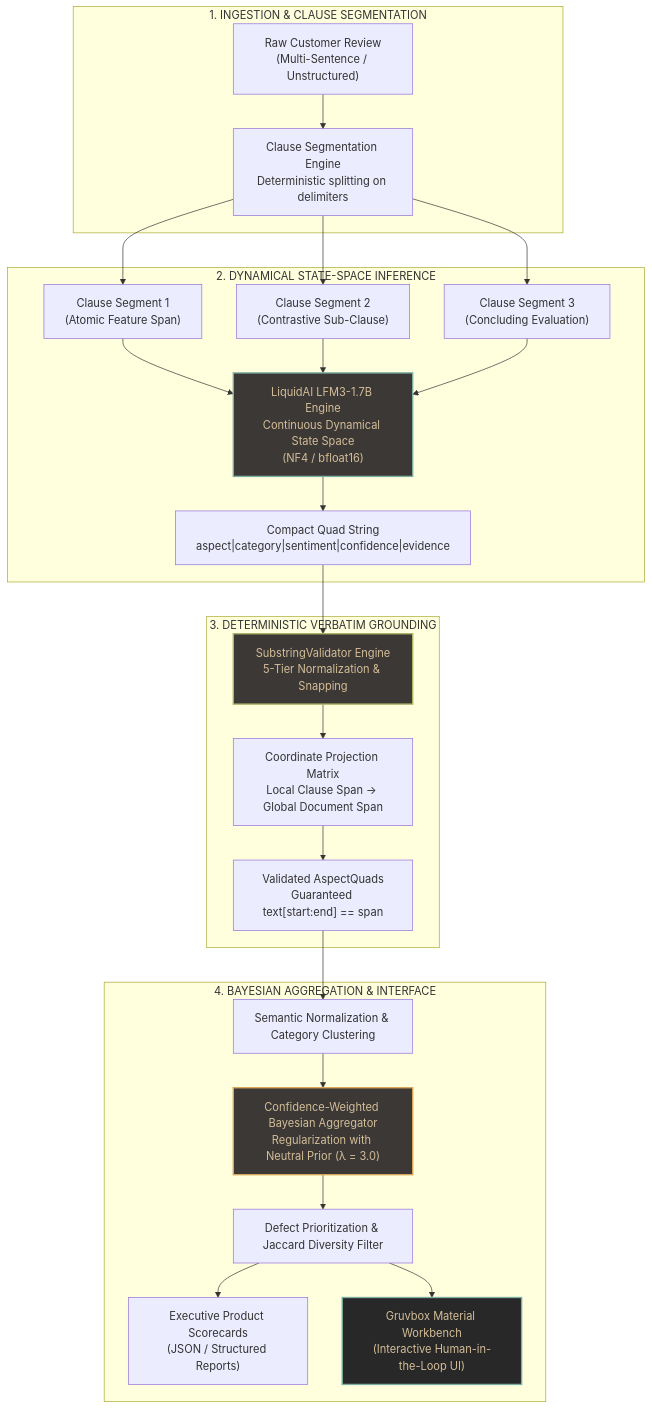
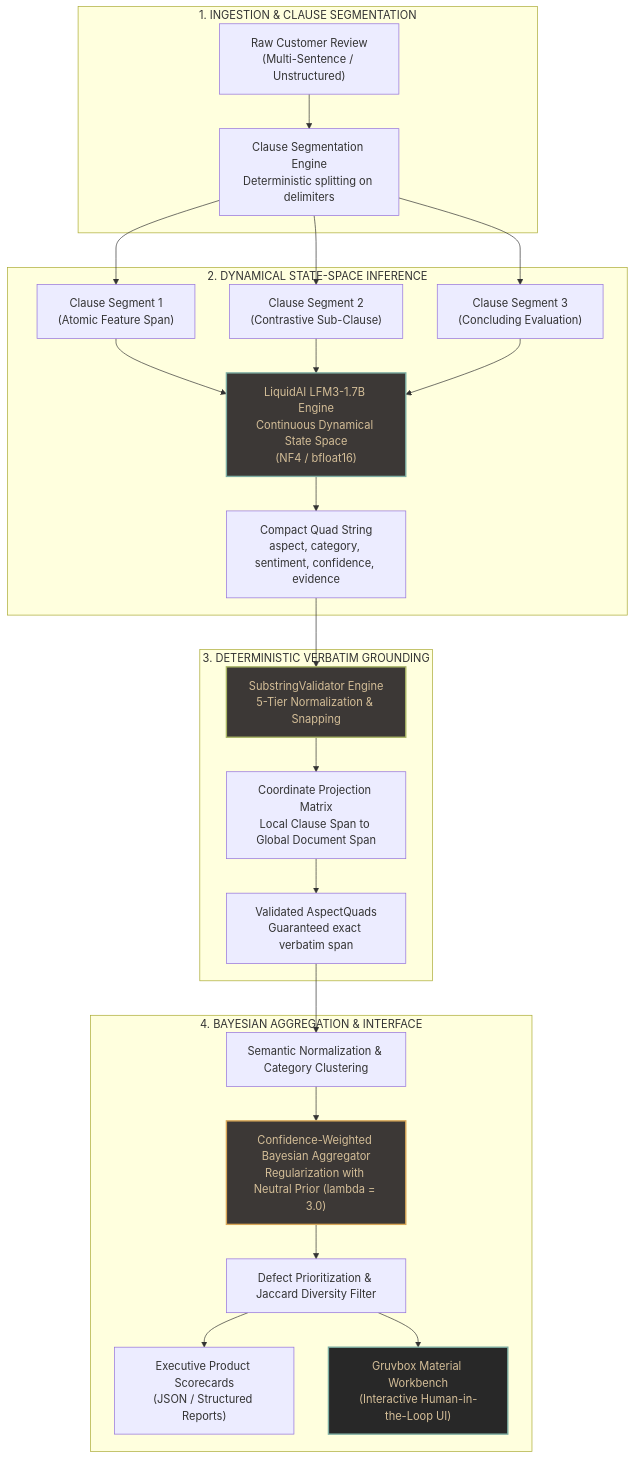
The first of 6 diagrams in docs/ARCHITECTURE.md (parth-sarthi-code/ProductLens-Sentiment), drawn with Mermaid before and after one commit. The commit also changed other lines of this file and 1 other file, not shown here.

Commit message:
fix(docs): overhaul all Mermaid diagrams for full GitHub rendering compatibility

````diff
--- a/docs/ARCHITECTURE.md
+++ b/docs/ARCHITECTURE.md
@@ -16,39 +16,39 @@
 ```mermaid
 flowchart TD
     subgraph Ingestion ["1. INGESTION & CLAUSE SEGMENTATION"]
-        R["Raw Customer Review\n(Multi-Sentence / Unstructured)"]
-        S["Clause Segmentation Engine\nDeterministic splitting on delimiters"]
+        R["Raw Customer Review<br/>(Multi-Sentence / Unstructured)"]
+        S["Clause Segmentation Engine<br/>Deterministic splitting on delimiters"]
         R --> S
     end
 
     subgraph Inference ["2. DYNAMICAL STATE-SPACE INFERENCE"]
-        S --> C1["Clause Segment 1\n(Atomic Feature Span)"]
-        S --> C2["Clause Segment 2\n(Contrastive Sub-Clause)"]
-        S --> C3["Clause Segment 3\n(Concluding Evaluation)"]
+        S --> C1["Clause Segment 1<br/>(Atomic Feature Span)"]
+        S --> C2["Clause Segment 2<br/>(Contrastive Sub-Clause)"]
+        S --> C3["Clause Segment 3<br/>(Concluding Evaluation)"]
         
-        C1 --> LFM["LiquidAI LFM3-1.7B Engine\nContinuous Dynamical State Space\n(NF4 / bfloat16)"]
+        C1 --> LFM["LiquidAI LFM3-1.7B Engine<br/>Continuous Dynamical State Space<br/>(NF4 / bfloat16)"]
         C2 --> LFM
         C3 --> LFM
         
-        LFM --> RAW["Compact Quad String\naspect|category|sentiment|confidence|evidence"]
+        LFM --> RAW["Compact Quad String<br/>aspect, category, sentiment, confidence, evidence"]
     end
 
     subgraph Verification ["3. DETERMINISTIC VERBATIM GROUNDING"]
-        RAW --> SV["SubstringValidator Engine\n5-Tier Normalization & Snapping"]
-        SV --> PROJ["Coordinate Projection Matrix\nLocal Clause Span -> Global Document Span"]
-        PROJ --> QUAD["Validated AspectQuads\nGuaranteed text[start:end] == span"]
+        RAW --> SV["SubstringValidator Engine<br/>5-Tier Normalization & Snapping"]
+        SV --> PROJ["Coordinate Projection Matrix<br/>Local Clause Span to Global Document Span"]
+        PROJ --> QUAD["Validated AspectQuads<br/>Guaranteed exact verbatim span"]
     end
 
     subgraph Aggregation ["4. BAYESIAN AGGREGATION & INTERFACE"]
         QUAD --> NORM["Semantic Normalization & Category Clustering"]
-        NORM --> BAYES["Confidence-Weighted Bayesian Aggregator\nRegularization with Neutral Prior (λ = 3.0)"]
+        NORM --> BAYES["Confidence-Weighted Bayesian Aggregator<br/>Regularization with Neutral Prior (lambda = 3.0)"]
         BAYES --> RANK["Defect Prioritization & Jaccard Diversity Filter"]
-        RANK --> SC["Executive Product Scorecards\n(JSON / Structured Reports)"]
-        RANK --> UI["Gruvbox Material Workbench\n(Interactive Human-in-the-Loop UI)"]
+        RANK --> SC["Executive Product Scorecards<br/>(JSON / Structured Reports)"]
+        RANK --> UI["Gruvbox Material Workbench<br/>(Interactive Human-in-the-Loop UI)"]
     end
 
     style LFM fill:#3c3836,stroke:#7daea3,stroke-width:2px,color:#d4be98
     style SV fill:#3c3836,stroke:#a9b665,stroke-width:2px,color:#d4be98
     style BAYES fill:#3c3836,stroke:#d8a657,stroke-width:2px,color:#d4be98
     style UI fill:#282828,stroke:#7daea3,stroke-width:2px,color:#d4be98
 ```
````
